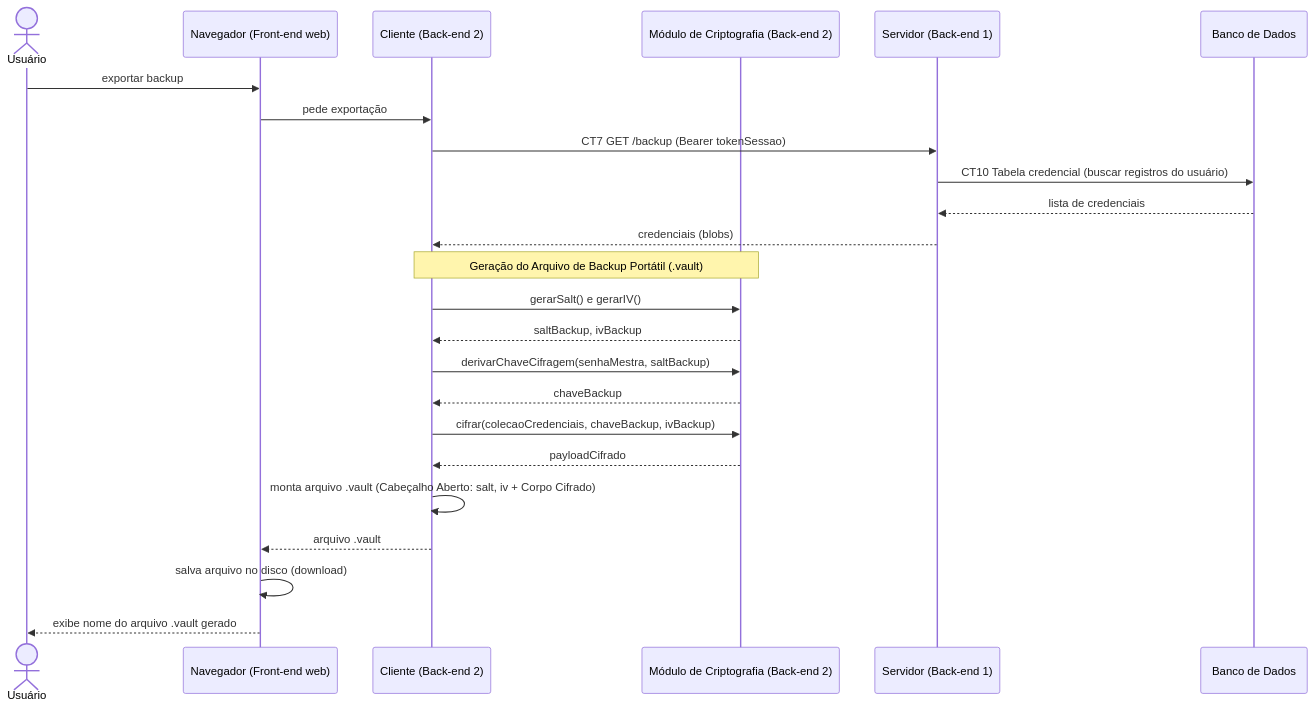
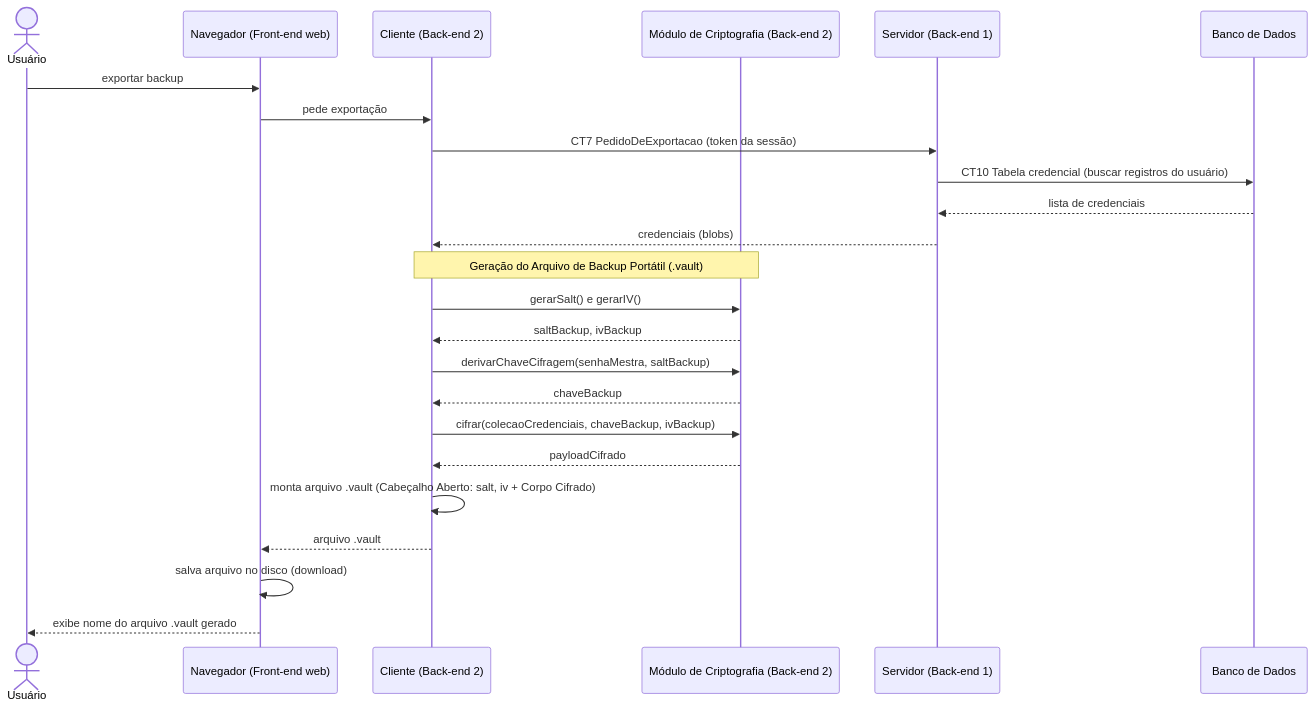
One commit to egili/pi4-0101-g6-frontend changed the diagram in docs/fluxos/E8-backup-cifrado.md. Above: the diagram before and after it, drawn with Mermaid. The commit also changed other lines of this file and 8 other files, not shown here.

````diff
--- a/docs/fluxos/E8-backup-cifrado.md
+++ b/docs/fluxos/E8-backup-cifrado.md
@@ -53,29 +53,29 @@
 ```mermaid
 sequenceDiagram
     actor U as Usuário
     participant N as Navegador (Front-end web)
     participant C as Cliente (Back-end 2)
     participant CM as Módulo de Criptografia (Back-end 2)
     participant S as Servidor (Back-end 1)
     participant DB as Banco de Dados
 
     U->>N: exportar backup
     N->>C: pede exportação
-    C->>S: CT7 GET /backup (Bearer tokenSessao)
+    C->>S: CT7 PedidoDeExportacao (token da sessão)
     S->>DB: CT10 Tabela credencial (buscar registros do usuário)
     DB-->>S: lista de credenciais
     S-->>C: credenciais (blobs)
 
     Note over C,CM: Geração do Arquivo de Backup Portátil (.vault)
     C->>CM: gerarSalt() e gerarIV()
     CM-->>C: saltBackup, ivBackup
     C->>CM: derivarChaveCifragem(senhaMestra, saltBackup)
     CM-->>C: chaveBackup
     C->>CM: cifrar(colecaoCredenciais, chaveBackup, ivBackup)
     CM-->>C: payloadCifrado
 
     C->>C: monta arquivo .vault (Cabeçalho Aberto: salt, iv + Corpo Cifrado)
     C-->>N: arquivo .vault
     N->>N: salva arquivo no disco (download)
     N-->>U: exibe nome do arquivo .vault gerado
 ```
````
